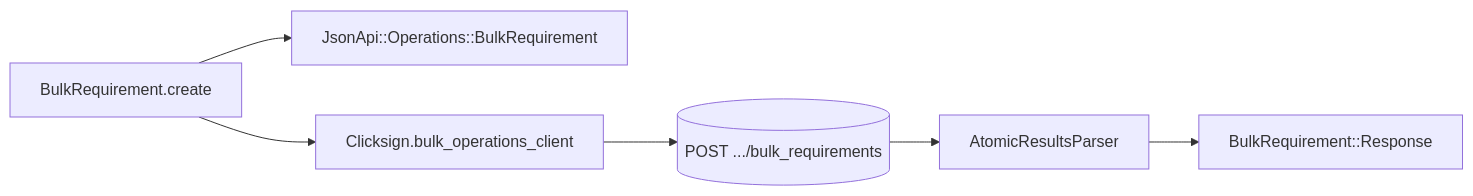
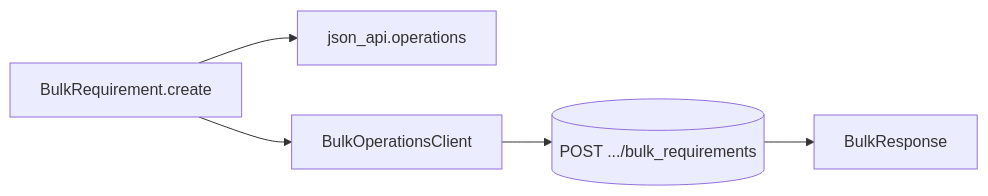
The second of 4 diagrams in docs/ARCHITECTURE.md (djosino/clicksign-python-sdk), drawn with Mermaid before and after one commit. The commit also changed other lines of this file and 18 other files, not shown here.

````diff
--- a/docs/ARCHITECTURE.md
+++ b/docs/ARCHITECTURE.md
@@ -53,13 +55,12 @@
 ```mermaid
 flowchart LR
   BR[BulkRequirement.create]
-  OPS[JsonApi::Operations::BulkRequirement]
-  BOC[Clicksign.bulk_operations_client]
+  OPS[json_api.operations]
+  BOC[BulkOperationsClient]
   API[(POST .../bulk_requirements)]
 
   BR --> OPS
   BR --> BOC
   BOC --> API
-  API --> ARP[AtomicResultsParser]
-  ARP --> RSP[BulkRequirement::Response]
+  API --> RSP[BulkResponse]
 ```
````
